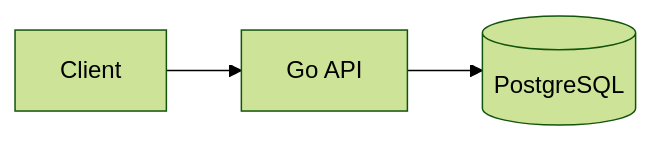
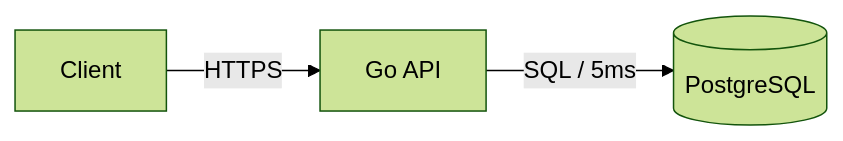
The diagram in opencode/agents/coffee-architect.md (coffeebreak-ai/coffee-agents), drawn with Mermaid (forest theme) before and after one commit. The commit also changed other lines of this file, not shown here.

Commit message:
feat(architect): strict mermaid rules for github rendering

````diff
--- a/opencode/agents/coffee-architect.md
+++ b/opencode/agents/coffee-architect.md
@@ -48,5 +49,5 @@
 ```mermaid
 flowchart LR
-    client["Client"] --> api["Go API"]
-    api --> db[("PostgreSQL")]
+    client["Client"] -->|"HTTPS"| api["Go API"]
+    api -->|"SQL / 5ms"| db[("PostgreSQL")]
 ```
````
